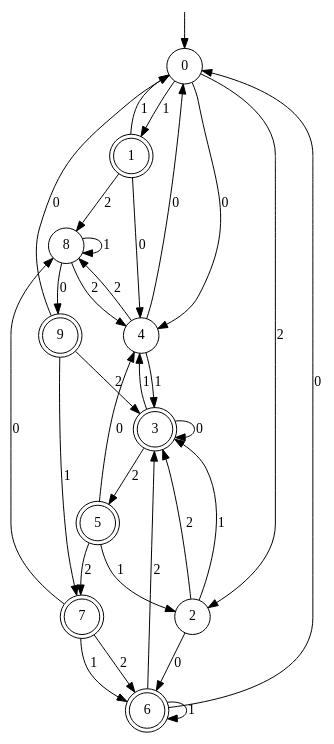
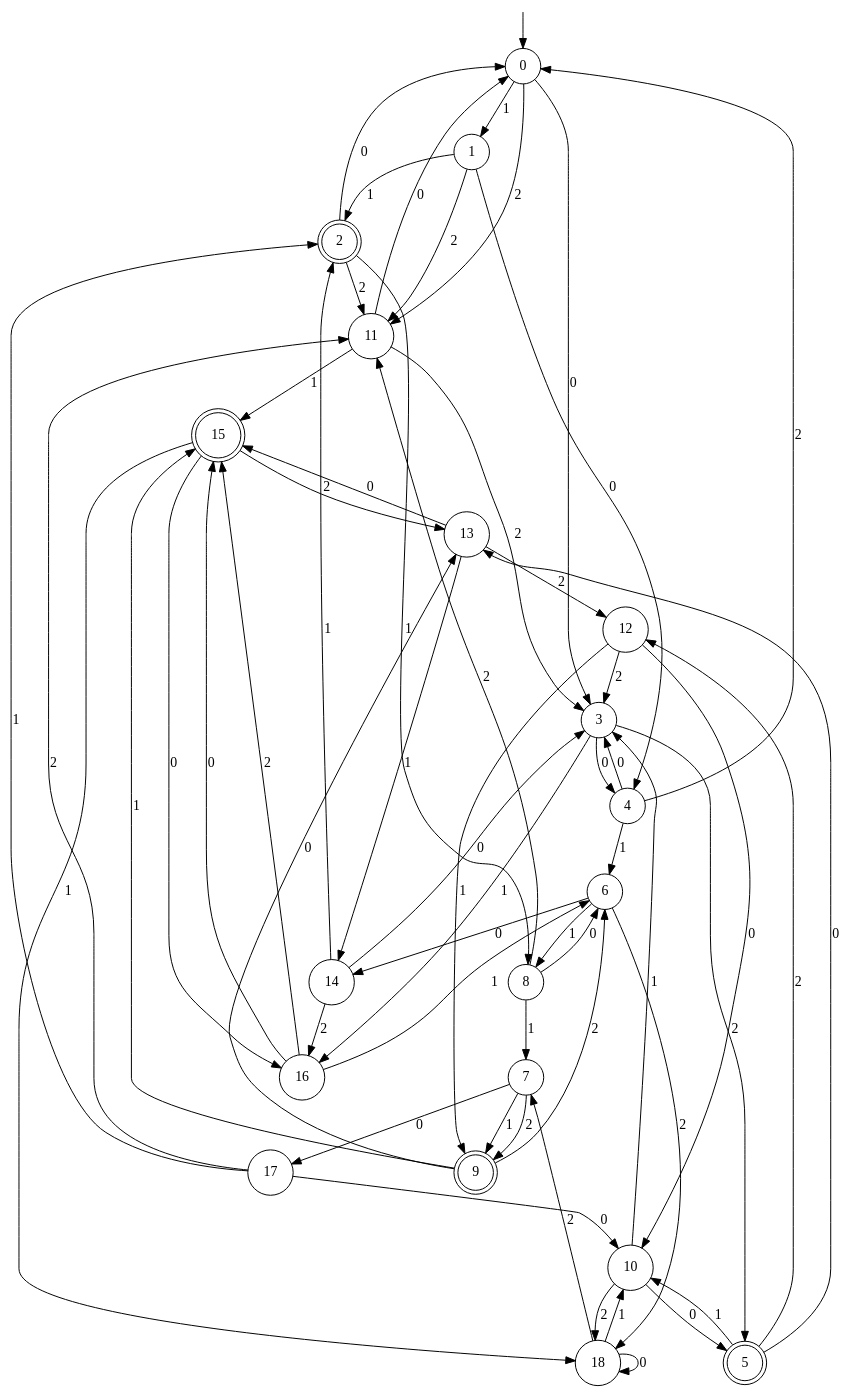
The diagram in algorithms/incremental/ikv/classic.dot (rasofema/learnlib), drawn with Graphviz before and after one commit. The commit also changed 10 other files, not shown here.

```diff
--- a/algorithms/incremental/ikv/classic.dot
+++ b/algorithms/incremental/ikv/classic.dot
@@ -1,47 +1,83 @@
 digraph g {
 
 	s0 [shape="circle" label="0"];
-	s1 [shape="doublecircle" label="1"];
-	s2 [shape="circle" label="2"];
-	s3 [shape="doublecircle" label="3"];
+	s1 [shape="circle" label="1"];
+	s2 [shape="doublecircle" label="2"];
+	s3 [shape="circle" label="3"];
 	s4 [shape="circle" label="4"];
 	s5 [shape="doublecircle" label="5"];
-	s6 [shape="doublecircle" label="6"];
-	s7 [shape="doublecircle" label="7"];
+	s6 [shape="circle" label="6"];
+	s7 [shape="circle" label="7"];
 	s8 [shape="circle" label="8"];
 	s9 [shape="doublecircle" label="9"];
-	s0 -> s4 [label="0"];
+	s10 [shape="circle" label="10"];
+	s11 [shape="circle" label="11"];
+	s12 [shape="circle" label="12"];
+	s13 [shape="circle" label="13"];
+	s14 [shape="circle" label="14"];
+	s15 [shape="doublecircle" label="15"];
+	s16 [shape="circle" label="16"];
+	s17 [shape="circle" label="17"];
+	s18 [shape="circle" label="18"];
+	s0 -> s3 [label="0"];
 	s0 -> s1 [label="1"];
-	s0 -> s2 [label="2"];
+	s0 -> s11 [label="2"];
 	s1 -> s4 [label="0"];
-	s1 -> s0 [label="1"];
-	s1 -> s8 [label="2"];
-	s2 -> s6 [label="0"];
-	s2 -> s3 [label="1"];
-	s2 -> s3 [label="2"];
-	s3 -> s3 [label="0"];
-	s3 -> s4 [label="1"];
+	s1 -> s2 [label="1"];
+	s1 -> s11 [label="2"];
+	s2 -> s0 [label="0"];
+	s2 -> s8 [label="1"];
+	s2 -> s11 [label="2"];
+	s3 -> s4 [label="0"];
+	s3 -> s16 [label="1"];
 	s3 -> s5 [label="2"];
-	s4 -> s0 [label="0"];
-	s4 -> s3 [label="1"];
-	s4 -> s8 [label="2"];
-	s5 -> s4 [label="0"];
-	s5 -> s2 [label="1"];
-	s5 -> s7 [label="2"];
-	s6 -> s0 [label="0"];
-	s6 -> s6 [label="1"];
-	s6 -> s3 [label="2"];
-	s7 -> s8 [label="0"];
-	s7 -> s6 [label="1"];
-	s7 -> s6 [label="2"];
-	s8 -> s9 [label="0"];
-	s8 -> s8 [label="1"];
-	s8 -> s4 [label="2"];
-	s9 -> s0 [label="0"];
-	s9 -> s7 [label="1"];
-	s9 -> s3 [label="2"];
+	s4 -> s3 [label="0"];
+	s4 -> s6 [label="1"];
+	s4 -> s0 [label="2"];
+	s5 -> s13 [label="0"];
+	s5 -> s10 [label="1"];
+	s5 -> s12 [label="2"];
+	s6 -> s14 [label="0"];
+	s6 -> s8 [label="1"];
+	s6 -> s18 [label="2"];
+	s7 -> s17 [label="0"];
+	s7 -> s9 [label="1"];
+	s7 -> s9 [label="2"];
+	s8 -> s6 [label="0"];
+	s8 -> s7 [label="1"];
+	s8 -> s11 [label="2"];
+	s9 -> s13 [label="0"];
+	s9 -> s15 [label="1"];
+	s9 -> s6 [label="2"];
+	s10 -> s5 [label="0"];
+	s10 -> s3 [label="1"];
+	s10 -> s18 [label="2"];
+	s11 -> s0 [label="0"];
+	s11 -> s15 [label="1"];
+	s11 -> s3 [label="2"];
+	s12 -> s10 [label="0"];
+	s12 -> s9 [label="1"];
+	s12 -> s3 [label="2"];
+	s13 -> s15 [label="0"];
+	s13 -> s14 [label="1"];
+	s13 -> s12 [label="2"];
+	s14 -> s3 [label="0"];
+	s14 -> s2 [label="1"];
+	s14 -> s16 [label="2"];
+	s15 -> s16 [label="0"];
+	s15 -> s18 [label="1"];
+	s15 -> s13 [label="2"];
+	s16 -> s15 [label="0"];
+	s16 -> s6 [label="1"];
+	s16 -> s15 [label="2"];
+	s17 -> s10 [label="0"];
+	s17 -> s2 [label="1"];
+	s17 -> s11 [label="2"];
+	s18 -> s18 [label="0"];
+	s18 -> s10 [label="1"];
+	s18 -> s7 [label="2"];
 
 __start0 [label="" shape="none" width="0" height="0"];
 __start0 -> s0;
 
 }
```
